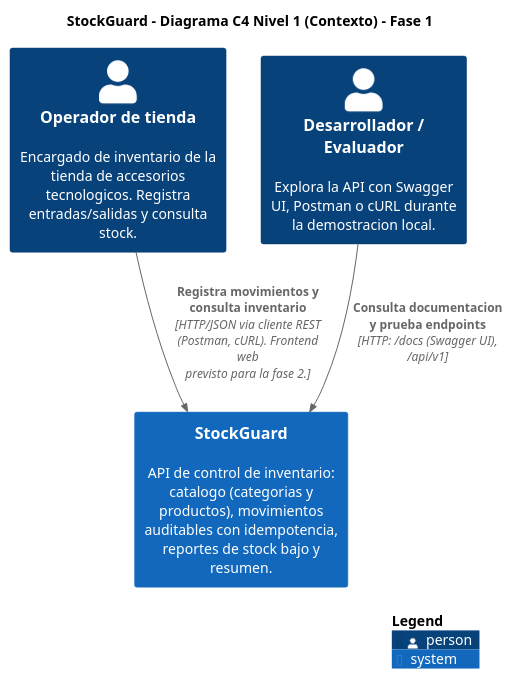
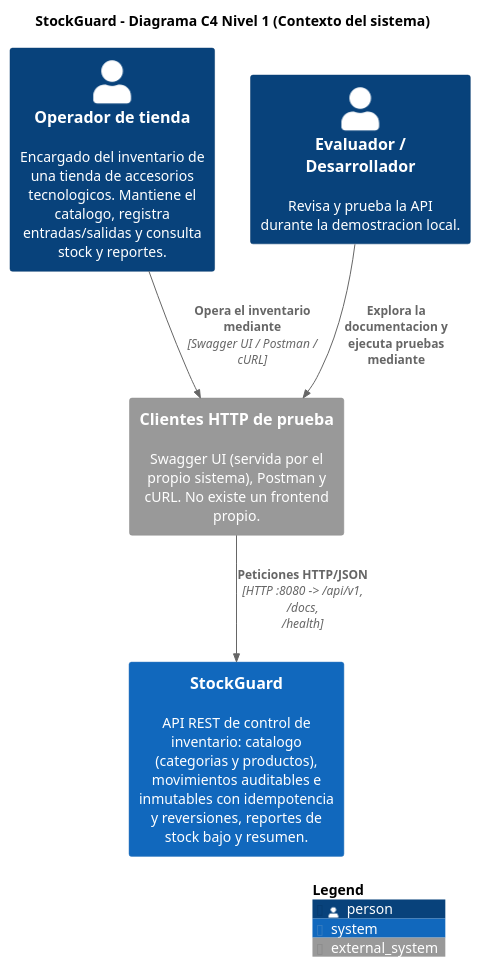
The diagram in docs/diagrams/c4-level1-context.puml (gonzaloapaza-creator/segundo_examen_Web2), drawn with PlantUML before and after one commit. The commit also changed 21 other files, not shown here.

```diff
--- a/docs/diagrams/c4-level1-context.puml
+++ b/docs/diagrams/c4-level1-context.puml
@@ -1,15 +1,18 @@
 @startuml c4-level1-context
 !include https://raw.githubusercontent.com/plantuml-stdlib/C4-PlantUML/master/C4_Context.puml
 
-title StockGuard - Diagrama C4 Nivel 1 (Contexto) - Fase 1
+title StockGuard - Diagrama C4 Nivel 1 (Contexto del sistema)
 
-Person(operator, "Operador de tienda", "Encargado de inventario de la tienda de accesorios tecnologicos. Registra entradas/salidas y consulta stock.")
-Person(developer, "Desarrollador / Evaluador", "Explora la API con Swagger UI, Postman o cURL durante la demostracion local.")
+Person(operator, "Operador de tienda", "Encargado del inventario de una tienda de accesorios tecnologicos. Mantiene el catalogo, registra entradas/salidas y consulta stock y reportes.")
+Person(evaluator, "Evaluador / Desarrollador", "Revisa y prueba la API durante la demostracion local.")
 
-System(stockguard, "StockGuard", "API de control de inventario: catalogo (categorias y productos), movimientos auditables con idempotencia, reportes de stock bajo y resumen.")
+System(stockguard, "StockGuard", "API REST de control de inventario: catalogo (categorias y productos), movimientos auditables e inmutables con idempotencia y reversiones, reportes de stock bajo y resumen.")
 
-Rel(operator, stockguard, "Registra movimientos y consulta inventario", "HTTP/JSON via cliente REST (Postman, cURL). Frontend web previsto para la fase 2.")
-Rel(developer, stockguard, "Consulta documentacion y prueba endpoints", "HTTP: /docs (Swagger UI), /api/v1")
+System_Ext(clients, "Clientes HTTP de prueba", "Swagger UI (servida por el propio sistema), Postman y cURL. No existe un frontend propio.")
+
+Rel(operator, clients, "Opera el inventario mediante", "Swagger UI / Postman / cURL")
+Rel(evaluator, clients, "Explora la documentacion y ejecuta pruebas mediante")
+Rel(clients, stockguard, "Peticiones HTTP/JSON", "HTTP :8080 -> /api/v1, /docs, /health")
 
 SHOW_LEGEND()
 @enduml
```
